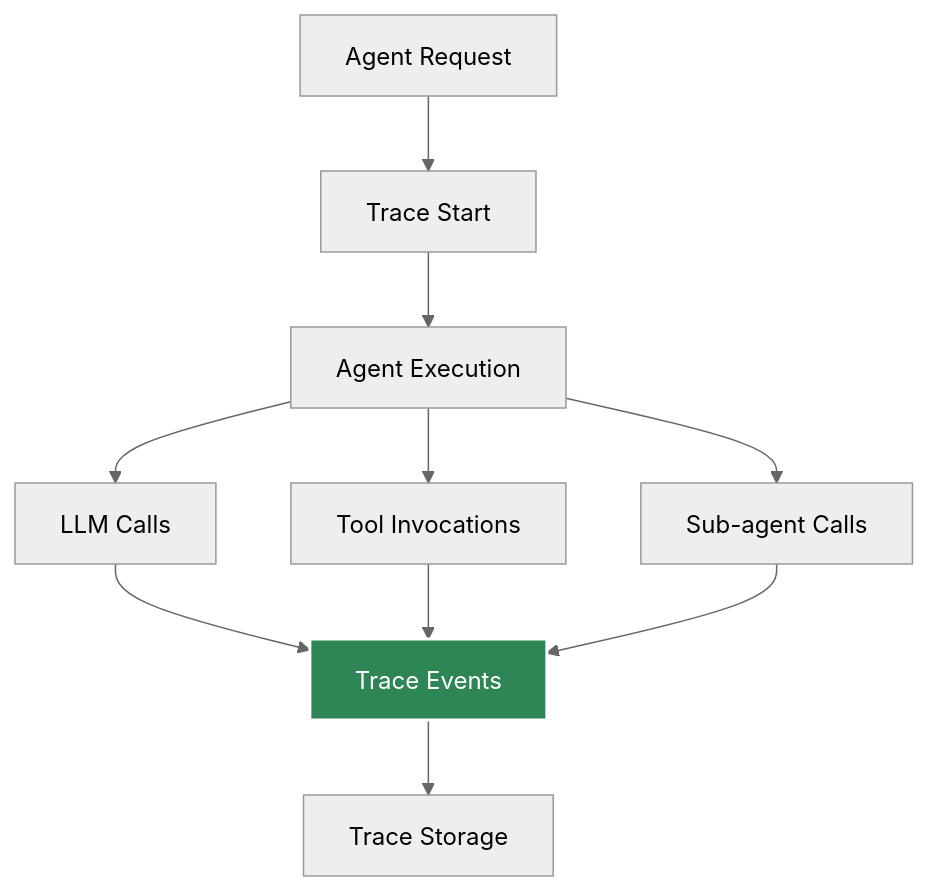
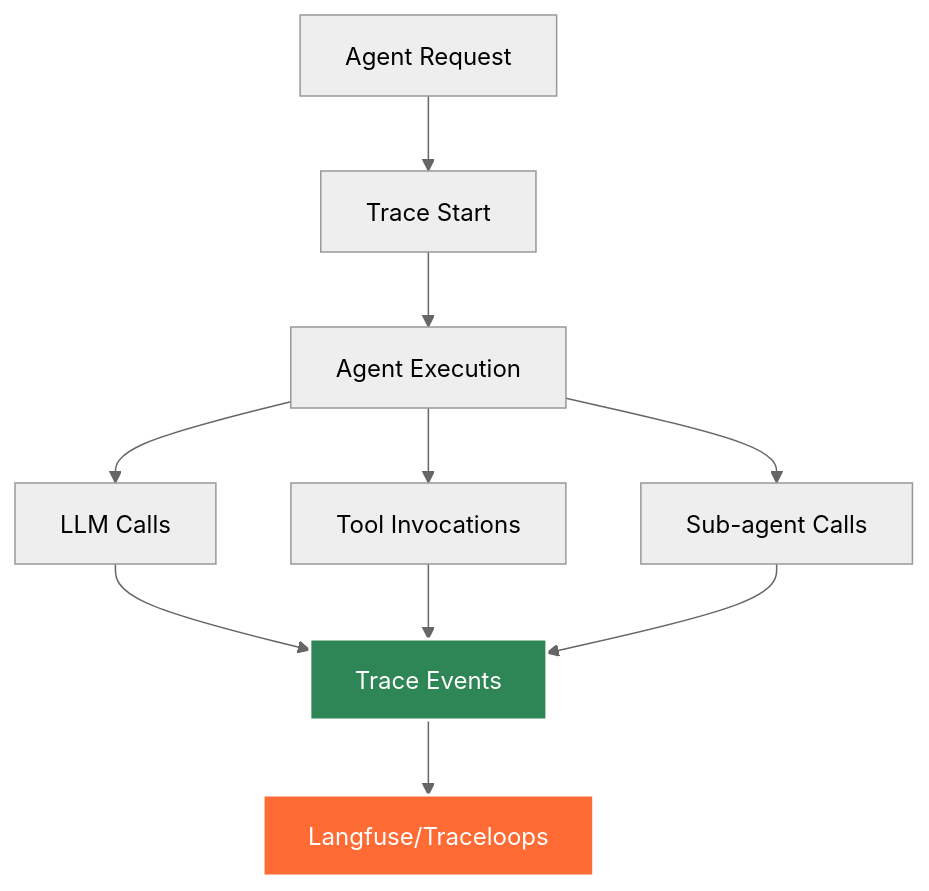
The diagram in docs/docs/advanced/traceability.md (yaalalabs/agent-kernel), drawn with Mermaid (neutral theme) before and after one commit. The commit also changed other lines of this file and 3 other files, not shown here.

````diff
--- a/docs/docs/advanced/traceability.md
+++ b/docs/docs/advanced/traceability.md
@@ -15,14 +13,15 @@
 ```mermaid
 graph TB
     A[Agent Request] --> B[Trace Start]
     B --> C[Agent Execution]
     C --> D[LLM Calls]
     C --> E[Tool Invocations]
     C --> F[Sub-agent Calls]
     D --> G[Trace Events]
     E --> G
     F --> G
-    G --> H[Trace Storage]
+    G --> H[Langfuse/Traceloops]
     
     style G fill:#2e8555,stroke:#fff,stroke-width:2px,color:#fff
+    style H fill:#ff6b35,stroke:#fff,stroke-width:2px,color:#fff
 ```
````
